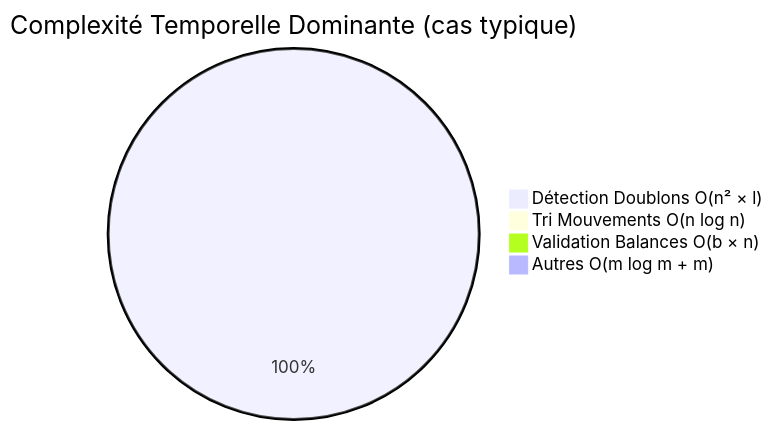
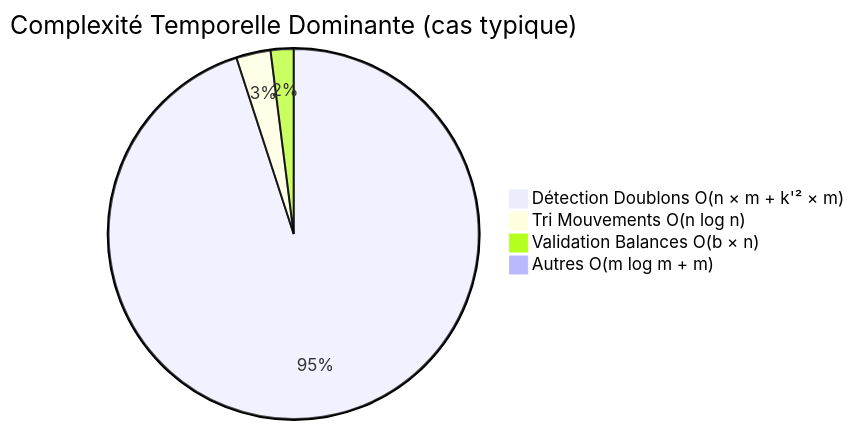
Diagram 13 of 13 in documentation/ANALYSE.md (gobwah/dougs-test-app), drawn with Mermaid before and after one commit. The commit also changed other lines of this file, not shown here.

````diff
--- a/documentation/ANALYSE.md
+++ b/documentation/ANALYSE.md
@@ -948,7 +1032,7 @@
 ```mermaid
 pie title Complexité Temporelle Dominante (cas typique)
-    "Détection Doublons O(n² × l)" : 99.5
-    "Tri Mouvements O(n log n)" : 0.3
-    "Validation Balances O(b × n)" : 0.2
-    "Autres O(m log m + m)" : 0.0
+    "Détection Doublons O(n × m + k'² × m)" : 95
+    "Tri Mouvements O(n log n)" : 3
+    "Validation Balances O(b × n)" : 2
+    "Autres O(m log m + m)" : 0
 ```
````
